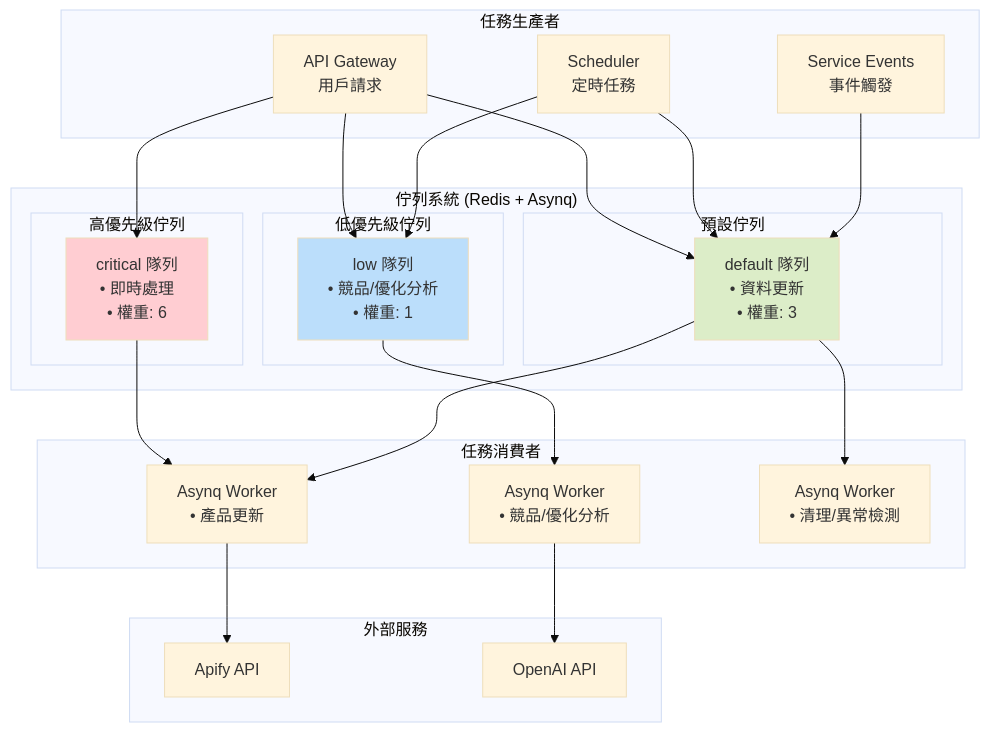
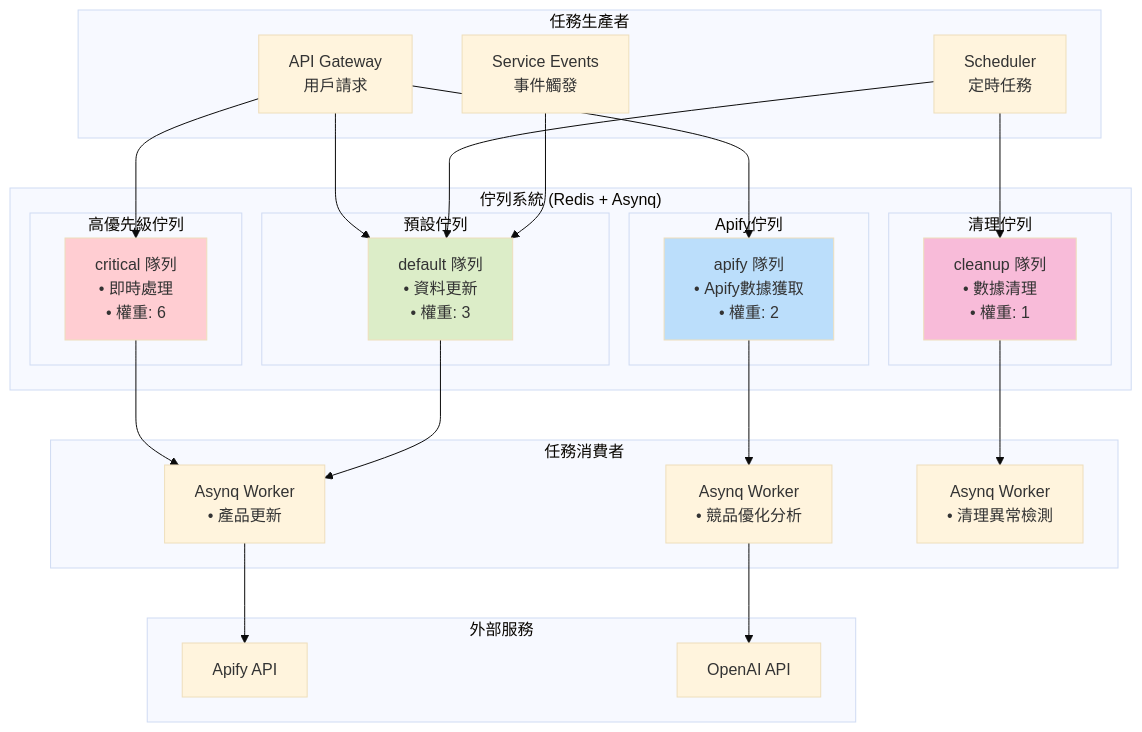
The fifth of 9 diagrams in ARCHITECTURE_DIAGRAMS.md (yangyao/amazon-pilot), drawn with Mermaid (base theme) before and after one commit. The commit also changed other lines of this file, not shown here.

Commit message:
修复架构图

````diff
--- a/ARCHITECTURE_DIAGRAMS.md
+++ b/ARCHITECTURE_DIAGRAMS.md
@@ -305,55 +312,60 @@
 ```mermaid
 graph TB
     subgraph "任務生產者"
         PROD1[API Gateway<br/>用戶請求]
         PROD2[Scheduler<br/>定時任務]
         PROD3[Service Events<br/>事件觸發]
     end
     
     subgraph "佇列系統 (Redis + Asynq)"
         subgraph "高優先級佇列"
             HQ[critical 隊列<br/>• 即時處理<br/>• 權重: 6]
         end
         
         subgraph "預設佇列"
             PQ[default 隊列<br/>• 資料更新<br/>• 權重: 3]
         end
-        
-        subgraph "低優先級佇列"
-            AQ[low 隊列<br/>• 競品/優化分析<br/>• 權重: 1]
+
+        subgraph "Apify佇列"
+            AQ[apify 隊列<br/>• Apify數據獲取<br/>• 權重: 2]
+        end
+
+        subgraph "清理佇列"
+            CQ[cleanup 隊列<br/>• 數據清理<br/>• 權重: 1]
         end
     end
     
     subgraph "任務消費者"
         WORKER1[Asynq Worker<br/>• 產品更新]
-        WORKER2[Asynq Worker<br/>• 競品/優化分析]
-        WORKER4[Asynq Worker<br/>• 清理/異常檢測]
+        WORKER2[Asynq Worker<br/>• 競品優化分析]
+        WORKER4[Asynq Worker<br/>• 清理異常檢測]
     end
     
     subgraph "外部服務"
         APIFY[Apify API]
         OPENAI[OpenAI API]
     end
 
     %% 生產者到佇列
     PROD1 --> HQ
     PROD1 --> PQ
     PROD1 --> AQ
     PROD2 --> PQ
-    PROD2 --> AQ
+    PROD2 --> CQ
     PROD3 --> PQ
-    
+
     %% 佇列到消費者
     HQ --> WORKER1
     PQ --> WORKER1
     AQ --> WORKER2
-    PQ --> WORKER4
+    CQ --> WORKER4
     
     %% 消費者到外部服務
     WORKER1 --> APIFY
     WORKER2 --> OPENAI
     
     style HQ fill:#ffcdd2
     style PQ fill:#dcedc8
     style AQ fill:#bbdefb
+    style CQ fill:#f8bbd9
 ```
````
